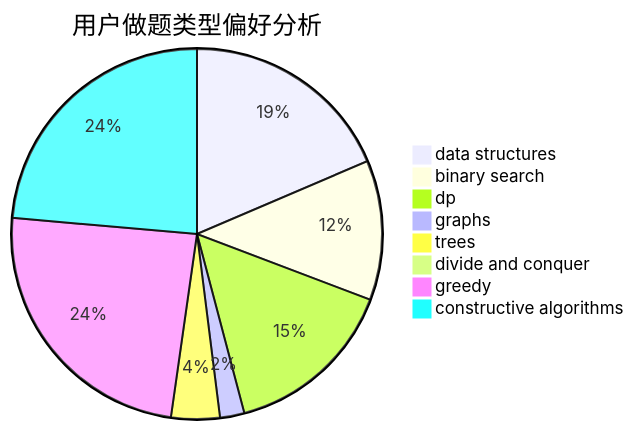
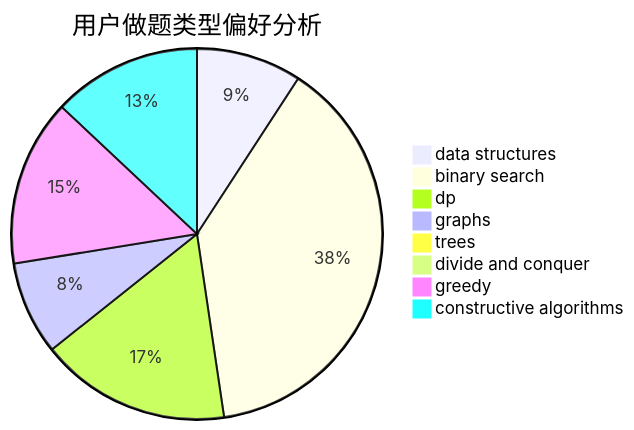
The second of 3 diagrams in docs/user/u130.md (sherpahu/cfrs.github.io), drawn with Mermaid before and after one commit. The commit also changed other lines of this file and 2770 other files, not shown here.

````diff
--- a/docs/user/u130.md
+++ b/docs/user/u130.md
@@ -23,11 +23,11 @@
 ```mermaid
 pie title 用户做题类型偏好分析
-    "data structures" :  70
-    "binary search" :  46
-    "dp" :  57
-    "graphs" :  8
-    "trees" :  16
+    "data structures" :  53
+    "binary search" :  222
+    "dp" :  96
+    "graphs" :  47
+    "trees" :  1
     "divide and conquer" :  0
-    "greedy" :  91
-    "constructive algorithms" :  89
+    "greedy" :  84
+    "constructive algorithms" :  75
 ```
````
